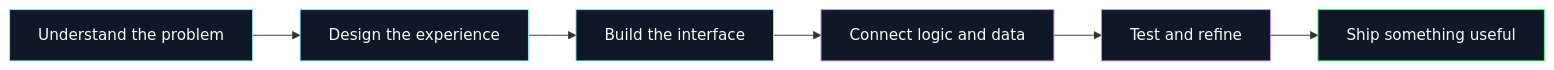
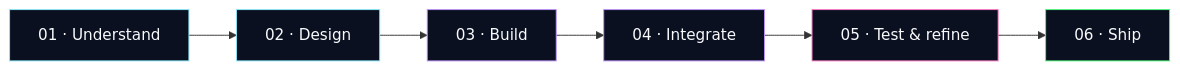
The diagram in README.md (bharat-poojari/bharat-poojari), drawn with Mermaid before and after one commit. The commit also changed other lines of this file, not shown here.

````diff
--- a/README.md
+++ b/README.md
@@ -158,14 +158,14 @@
 ```mermaid
 flowchart LR
-    A["Understand the problem"] --> B["Design the experience"]
-    B --> C["Build the interface"]
-    C --> D["Connect logic and data"]
-    D --> E["Test and refine"]
-    E --> F["Ship something useful"]
-    style A fill:#101827,stroke:#8be9fd,color:#f8fafc
-    style B fill:#101827,stroke:#8be9fd,color:#f8fafc
-    style C fill:#101827,stroke:#8be9fd,color:#f8fafc
-    style D fill:#101827,stroke:#bd93f9,color:#f8fafc
-    style E fill:#101827,stroke:#bd93f9,color:#f8fafc
-    style F fill:#101827,stroke:#50fa7b,color:#f8fafc
+    A["01 · Understand"] --> B["02 · Design"]
+    B --> C["03 · Build"]
+    C --> D["04 · Integrate"]
+    D --> E["05 · Test & refine"]
+    E --> F["06 · Ship"]
+    style A fill:#0B1020,stroke:#8BE9FD,color:#F8FAFC
+    style B fill:#0B1020,stroke:#8BE9FD,color:#F8FAFC
+    style C fill:#0B1020,stroke:#BD93F9,color:#F8FAFC
+    style D fill:#0B1020,stroke:#BD93F9,color:#F8FAFC
+    style E fill:#0B1020,stroke:#FF79C6,color:#F8FAFC
+    style F fill:#0B1020,stroke:#50FA7B,color:#F8FAFC
 ```
````
